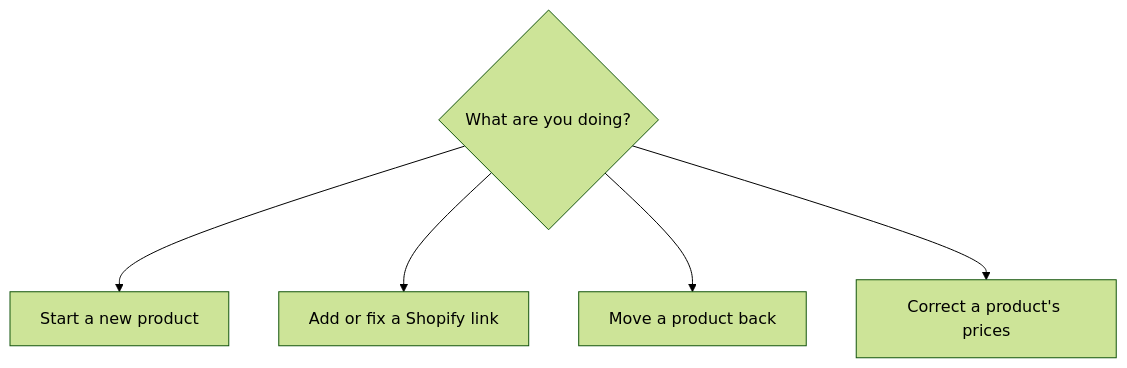
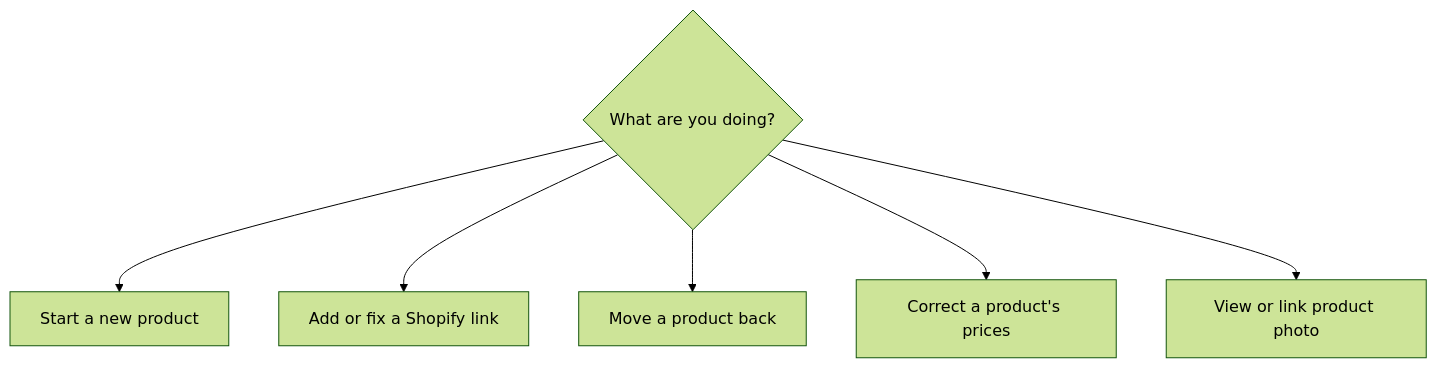
The first of 5 diagrams in docs/product-operations/work-on-product.md (sagargupta2001/periwinkle-shopify-theme), drawn with Mermaid (forest theme) before and after one commit. The commit also changed other lines of this file and 22 other files, not shown here.

````diff
--- a/docs/product-operations/work-on-product.md
+++ b/docs/product-operations/work-on-product.md
@@ -9,8 +9,9 @@
 ```mermaid
 flowchart TD
     A{"What are you doing?"}
     A --> S[Start a new product]
     A --> L[Add or fix a Shopify link]
     A --> B[Move a product back]
     A --> F["Correct a product's prices"]
+    A --> P[View or link product photo]
 ```
````
